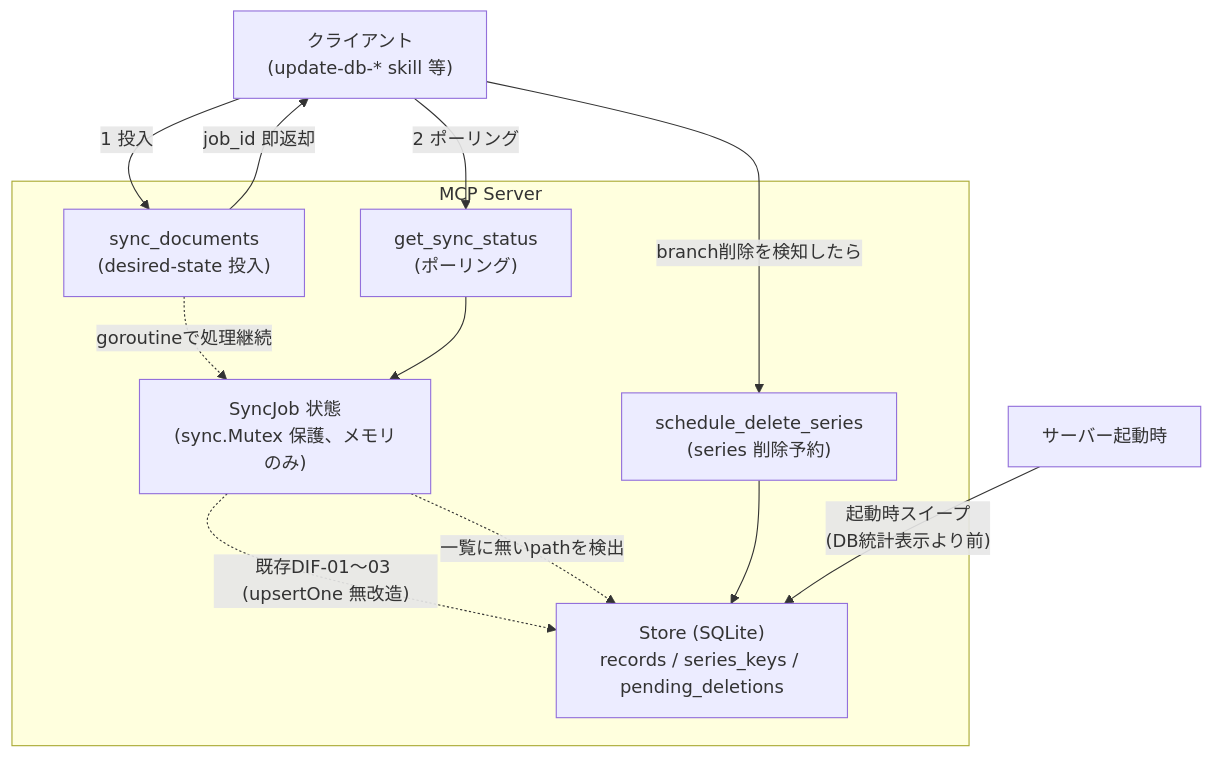
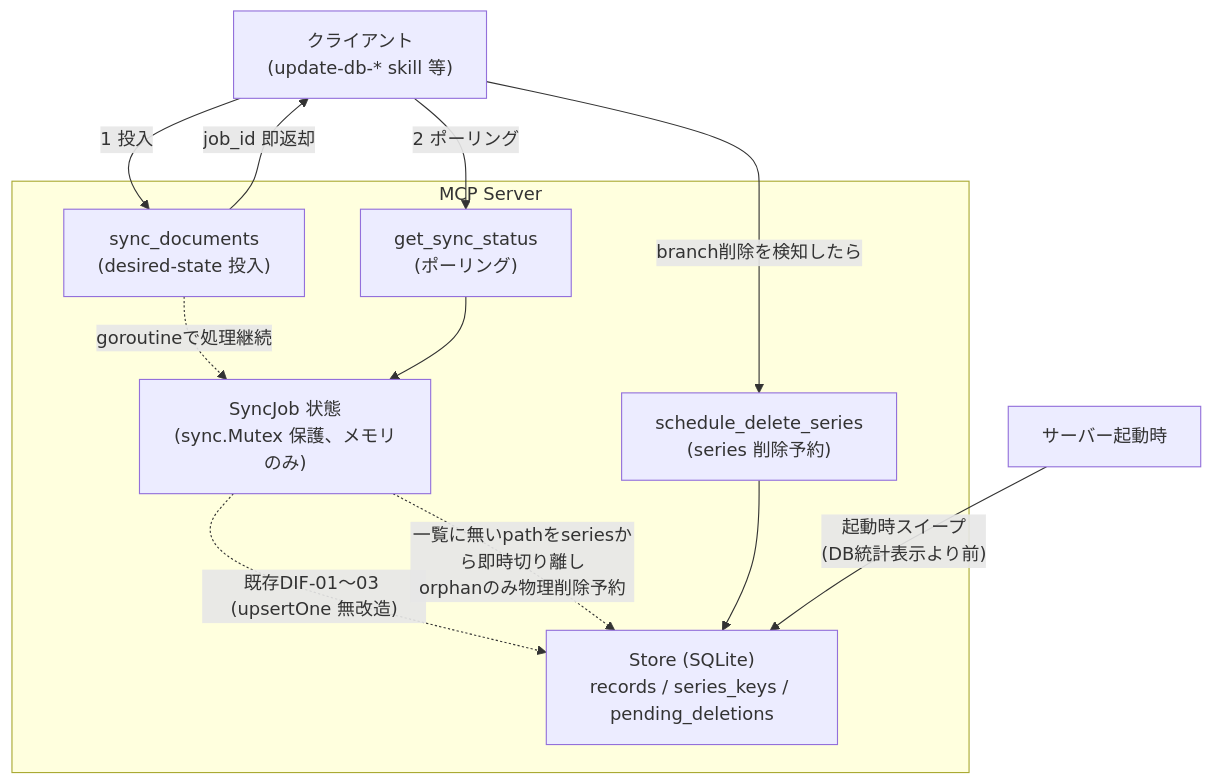
The first of 2 diagrams in docs/specs/sync-gc/design/DES-003_desired_state_sync_and_deferred_gc_design.md (BlueEventHorizon/doc-db-mcp-server), drawn with Mermaid before and after one commit. The commit also changed other lines of this file and 3 other files, not shown here.

````diff
--- a/docs/specs/sync-gc/design/DES-003_desired_state_sync_and_deferred_gc_design.md
+++ b/docs/specs/sync-gc/design/DES-003_desired_state_sync_and_deferred_gc_design.md
@@ -33,26 +35,26 @@
 ```mermaid
 flowchart TD
     Client["クライアント<br/>(update-db-* skill 等)"]
 
     subgraph "MCP Server"
         SyncTool["sync_documents<br/>(desired-state 投入)"]
         StatusTool["get_sync_status<br/>(ポーリング)"]
         ScheduleTool["schedule_delete_series<br/>(series 削除予約)"]
         JobState["SyncJob 状態<br/>(sync.Mutex 保護、メモリのみ)"]
         Store["Store (SQLite)<br/>records / series_keys / pending_deletions"]
     end
 
     Client -->|"1 投入"| SyncTool
     SyncTool -->|"job_id 即返却"| Client
     SyncTool -.->|"goroutineで処理継続"| JobState
     JobState -.->|"既存DIF-01〜03 (upsertOne 無改造)"| Store
-    JobState -.->|"一覧に無いpathを検出"| Store
+    JobState -.->|"一覧に無いpathをseriesから即時切り離し<br/>orphanのみ物理削除予約"| Store
 
     Client -->|"2 ポーリング"| StatusTool
     StatusTool --> JobState
 
     Client -->|"branch削除を検知したら"| ScheduleTool
     ScheduleTool --> Store
 
     Restart["サーバー起動時"] -->|"起動時スイープ<br/>(DB統計表示より前)"| Store
 ```
````
